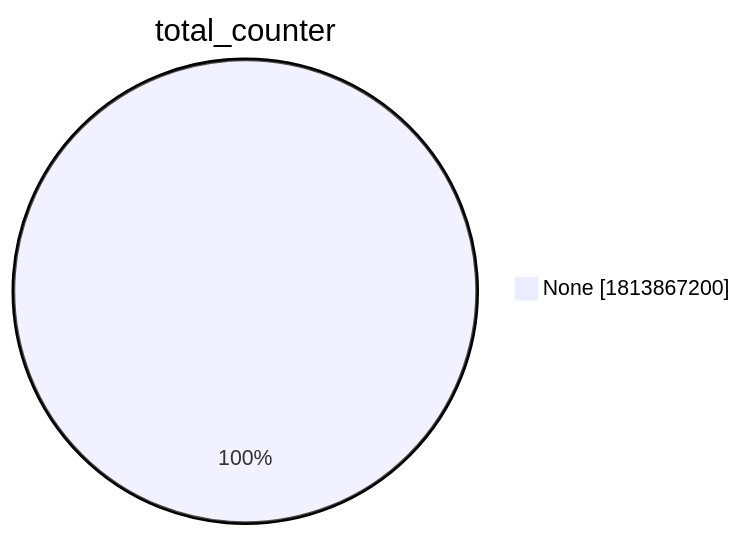
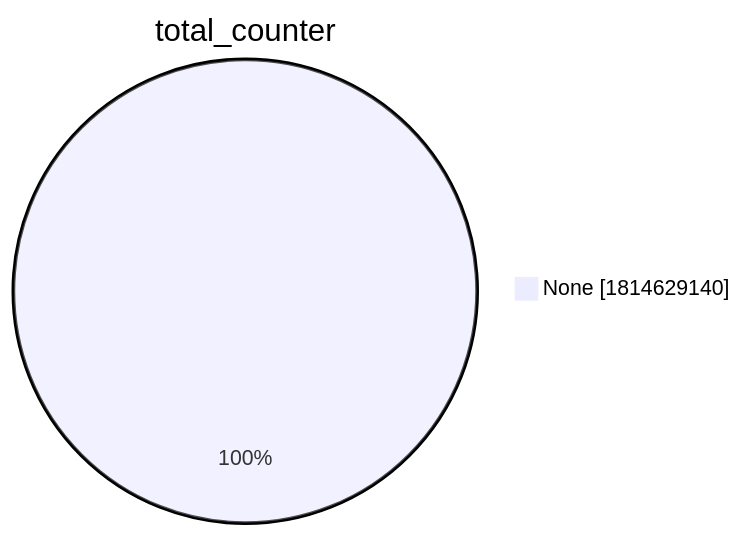
Before and after one commit to christiankrug/ctmonitor_visualization: the second of 15 diagrams in xenon2022/README.md, drawn with Mermaid. The commit also changed other lines of this file, not shown here.

````diff
--- a/xenon2022/README.md
+++ b/xenon2022/README.md
@@ -9,5 +9,5 @@
 ```mermaid
 pie showData
 title total_counter
-"None" :1813867200
+"None" :1814629140
 ```
````
